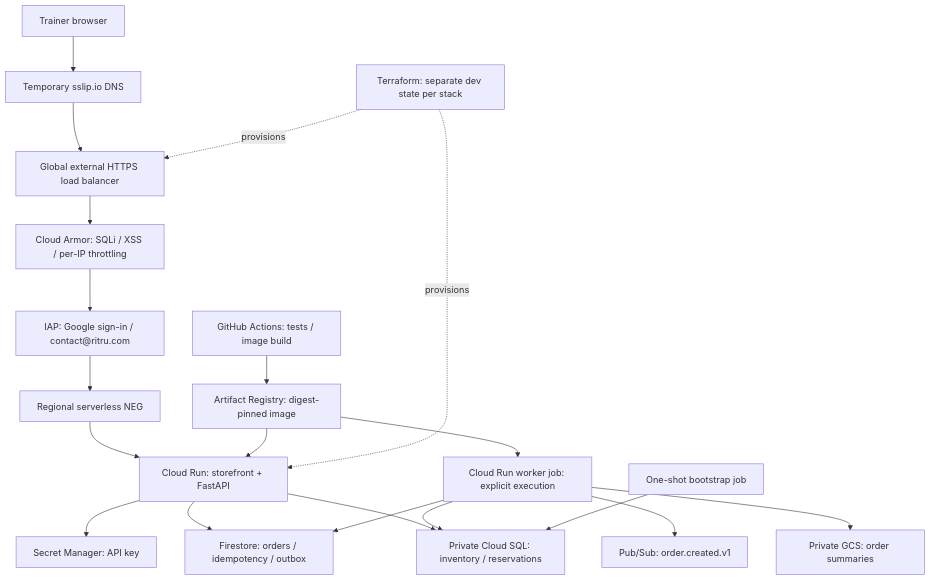
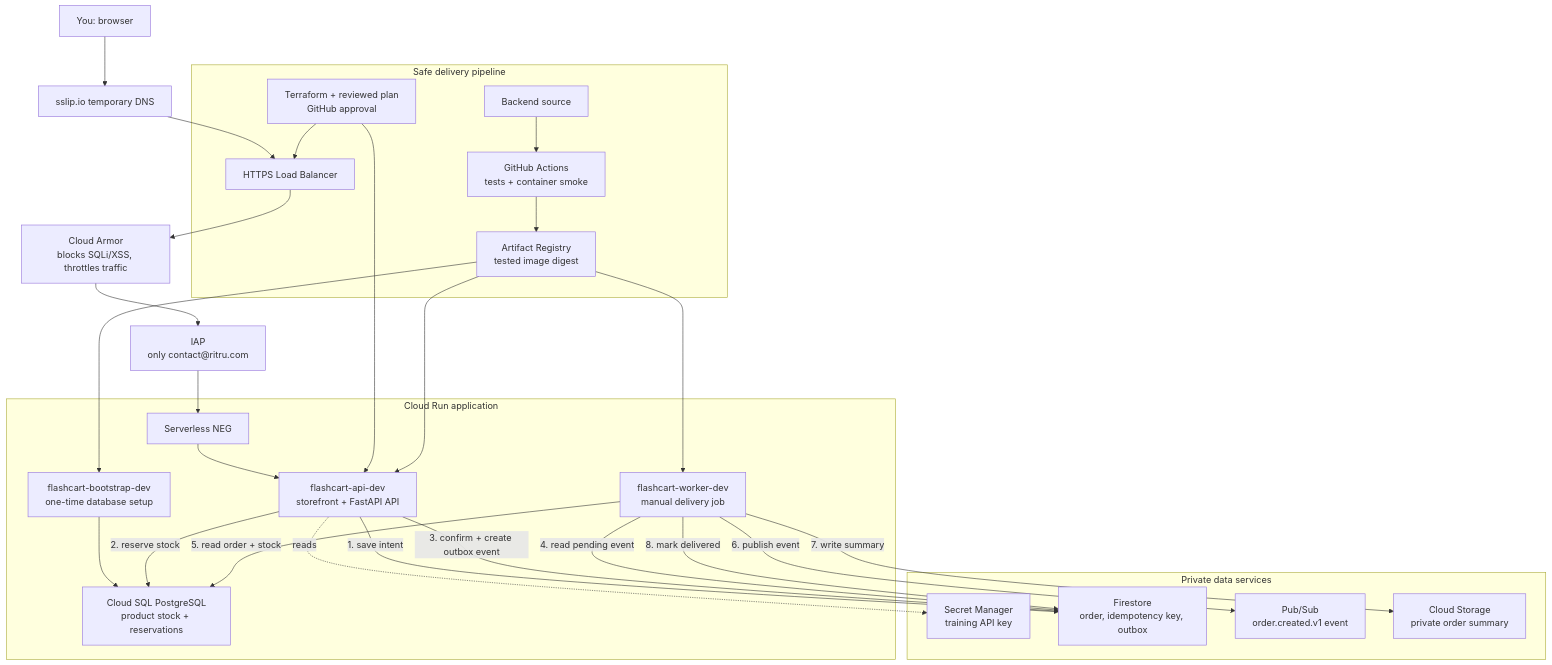
One commit to binnukyadari/flashcart-gcp-infra changed the diagram in README.md. Above: the diagram before and after it, drawn with Mermaid. The commit also changed other lines of this file and 1 other file, not shown here.

Commit message:
docs: clarify final FlashCart architecture flow

````diff
--- a/README.md
+++ b/README.md
@@ -24,22 +24,42 @@
 ```mermaid
-flowchart TD
-    Browser[Trainer browser] --> DNS[Temporary sslip.io DNS]
-    DNS --> LB[Global external HTTPS load balancer]
-    LB --> Armor[Cloud Armor: SQLi / XSS / per-IP throttling]
-    Armor --> IAP[IAP: Google sign-in / contact@ritru.com]
-    IAP --> NEG[Regional serverless NEG]
-    NEG --> API[Cloud Run: storefront + FastAPI]
-    API --> Key[Secret Manager: API key]
-    API --> FS[Firestore: orders / idempotency / outbox]
-    API --> SQL[Private Cloud SQL: inventory / reservations]
-    Worker[Cloud Run worker job: explicit execution] --> FS
-    Worker --> SQL
-    Worker --> Topic[Pub/Sub: order.created.v1]
-    Worker --> GCS[Private GCS: order summaries]
-    Bootstrap[One-shot bootstrap job] --> SQL
-    GH[GitHub Actions: tests / image build] --> AR[Artifact Registry: digest-pinned image]
-    AR --> API
-    AR --> Worker
-    TF[Terraform: separate dev state per stack] -. provisions .-> LB
-    TF -. provisions .-> API
+flowchart TB
+    User[You: browser] --> DNS[sslip.io temporary DNS]
+    DNS --> HTTPS[HTTPS Load Balancer]
+    HTTPS --> Armor[Cloud Armor<br/>blocks SQLi/XSS, throttles traffic]
+    Armor --> IAP[IAP<br/>only contact@ritru.com]
+    IAP --> NEG[Serverless NEG]
+
+    subgraph Runtime[Cloud Run application]
+      NEG --> App[flashcart-api-dev<br/>storefront + FastAPI API]
+      Bootstrap[flashcart-bootstrap-dev<br/>one-time database setup] --> SQL
+      Worker[flashcart-worker-dev<br/>manual delivery job]
+    end
+
+    subgraph Data[Private data services]
+      Key[Secret Manager<br/>training API key]
+      FS[Firestore<br/>order, idempotency key, outbox]
+      SQL[Cloud SQL PostgreSQL<br/>product stock + reservations]
+      Topic[Pub/Sub<br/>order.created.v1 event]
+      GCS[Cloud Storage<br/>private order summary]
+    end
+
+    App -. reads .-> Key
+    App -->|1. save intent| FS
+    App -->|2. reserve stock| SQL
+    App -->|3. confirm + create outbox event| FS
+    Worker -->|4. read pending event| FS
+    Worker -->|5. read order + stock| SQL
+    Worker -->|6. publish event| Topic
+    Worker -->|7. write summary| GCS
+    Worker -->|8. mark delivered| FS
+
+    subgraph Delivery[Safe delivery pipeline]
+      Code[Backend source] --> CI[GitHub Actions<br/>tests + container smoke]
+      CI --> Image[Artifact Registry<br/>tested image digest]
+      Infra[Terraform + reviewed plan<br/>GitHub approval] --> HTTPS
+      Infra --> App
+      Image --> App
+      Image --> Worker
+      Image --> Bootstrap
+    end
 ```
````
